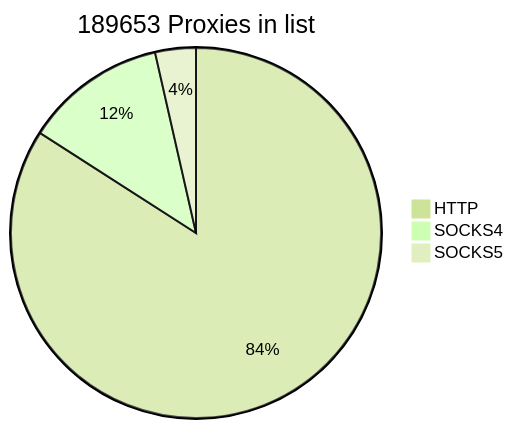
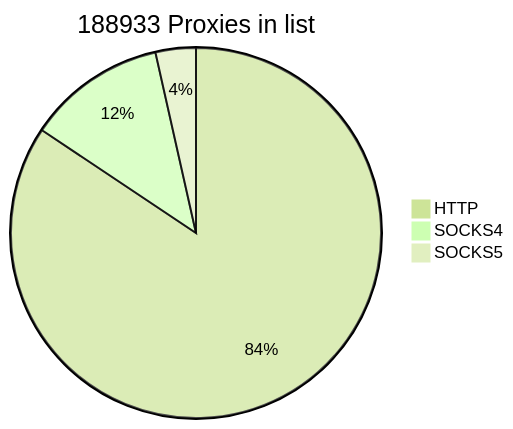
Before and after one commit to cutipu/proxylist: the first of 2 diagrams in README.md, drawn with Mermaid (forest theme). The commit also changed other lines of this file, not shown here.

````diff
--- a/README.md
+++ b/README.md
@@ -2,7 +2,7 @@
 ```mermaid
-pie title 189653 Proxies in list
-    "HTTP" : 159452
-    "SOCKS4" : 23459
-    "SOCKS5" : 6742
+pie title 188933 Proxies in list
+    "HTTP" : 159398
+    "SOCKS4" : 22887
+    "SOCKS5" : 6648
             
 ```
````
